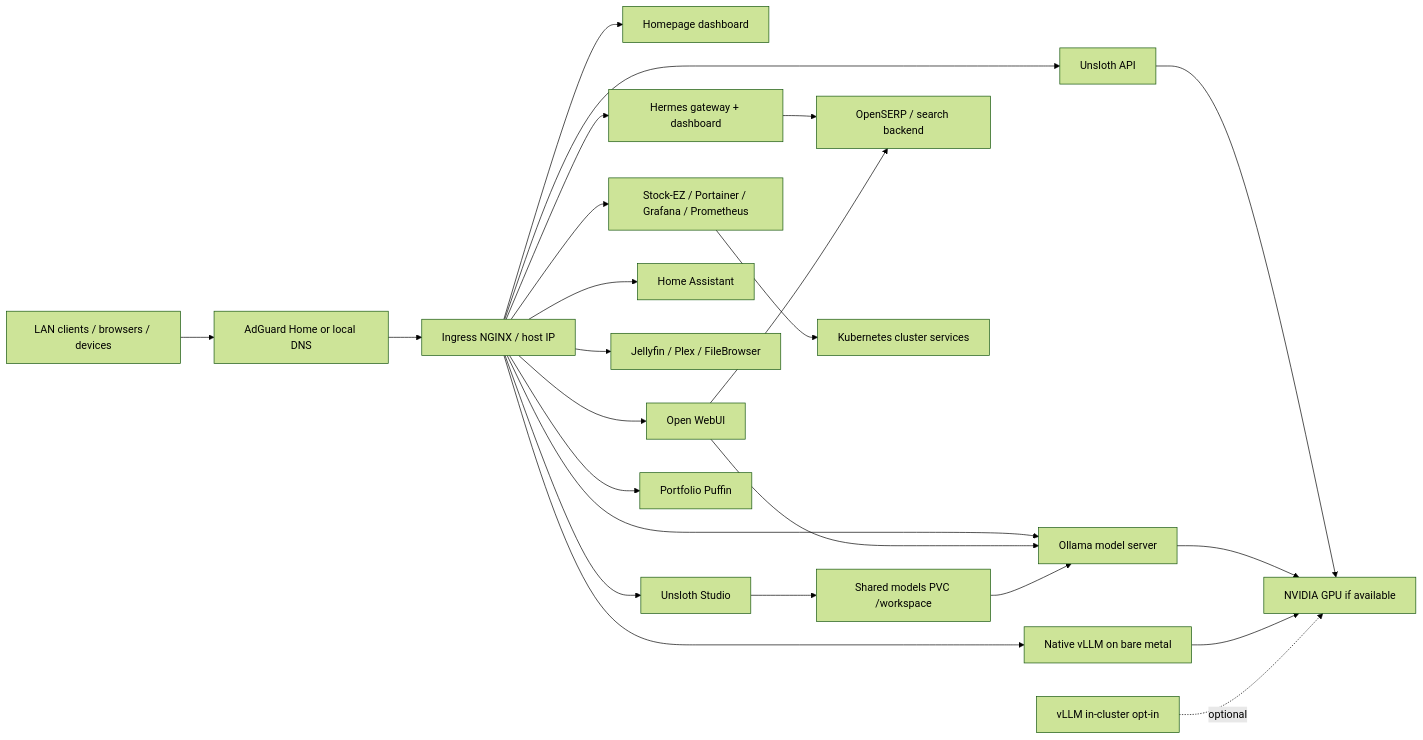
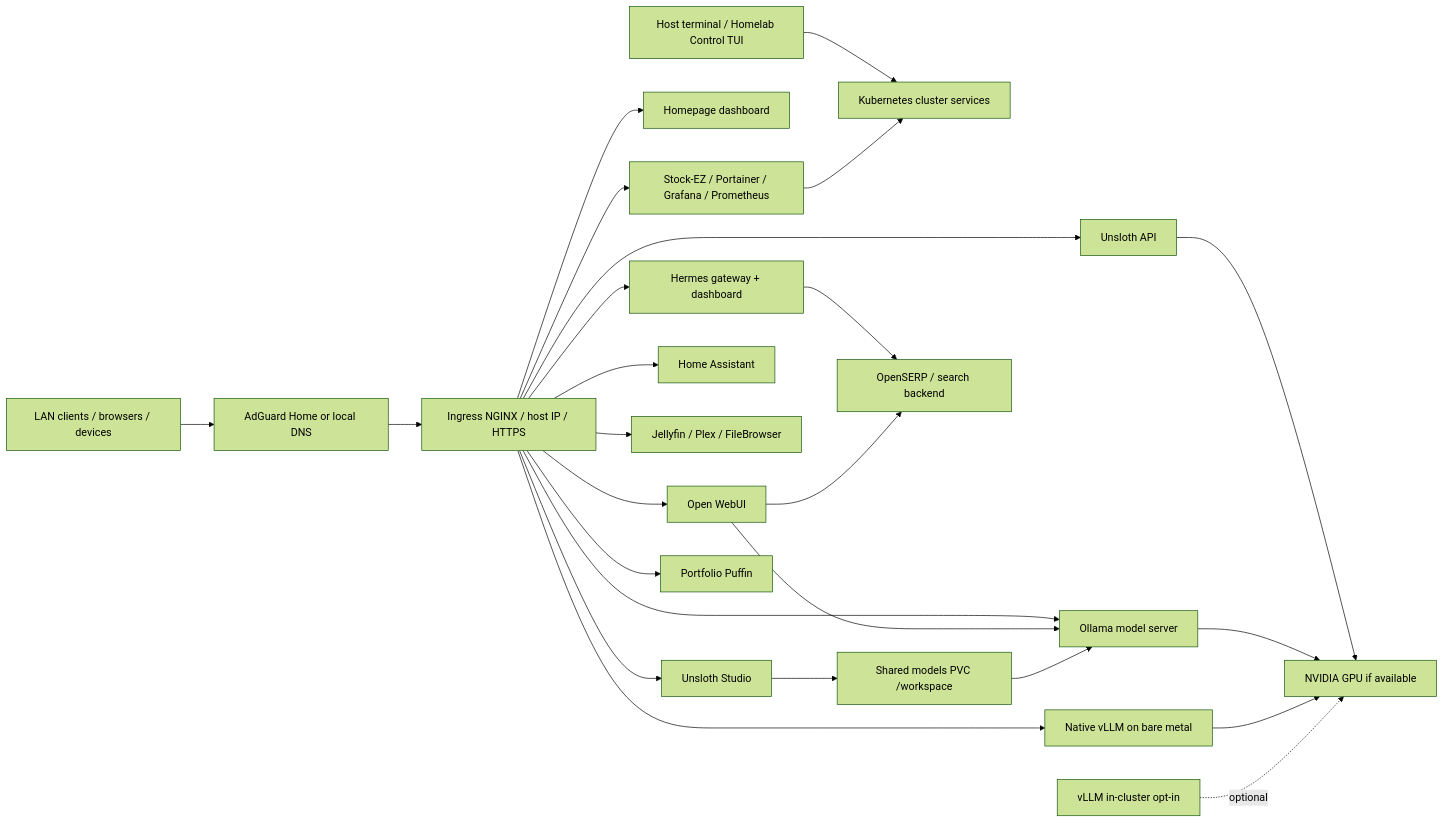
One commit to SushritPasupuleti/homelab changed the diagram in README.md. Above: the diagram before and after it, drawn with Mermaid (forest theme). The commit also changed other lines of this file and 3 other files, not shown here.

Commit message:
docs: document homelab HTTPS and operations workflows

````diff
--- a/README.md
+++ b/README.md
@@ -7,27 +9,28 @@
 ```mermaid
 flowchart LR
     User[LAN clients / browsers / devices] --> DNS[AdGuard Home or local DNS]
-    DNS --> Ingress[Ingress NGINX / host IP]
+    DNS --> Ingress[Ingress NGINX / host IP / HTTPS]
+    Admin[Host terminal / Homelab Control TUI] --> K8s[Kubernetes cluster]
     Ingress --> Dashboard[Homepage dashboard]
     Ingress --> WebUI[Open WebUI]
     Ingress --> UnslothAPI[Unsloth API]
     Ingress --> UnslothStudio[Unsloth Studio]
     Ingress --> Ollama[Ollama model server]
     Ingress --> Hermes[Hermes gateway + dashboard]
     Ingress --> HA[Home Assistant]
     Ingress --> Media[Jellyfin / Plex / FileBrowser]
     Ingress --> Apps[Stock-EZ / Portainer / Grafana / Prometheus]
     Ingress --> Portfolio[Portfolio Puffin]
     Ingress --> NativeVLLM[Native vLLM on bare metal]
 
     WebUI --> Ollama
     UnslothStudio --> SharedModel[Shared models PVC /workspace]
     SharedModel --> Ollama
     Hermes --> OpenSERP[OpenSERP / search backend]
     WebUI --> OpenSERP
     UnslothAPI --> GPU[NVIDIA GPU if available]
     Ollama --> GPU
     NativeVLLM --> GPU
     vLLM[vLLM in-cluster opt-in] -. optional .-> GPU
     Apps --> K8s[Kubernetes cluster services]
 ```
````
